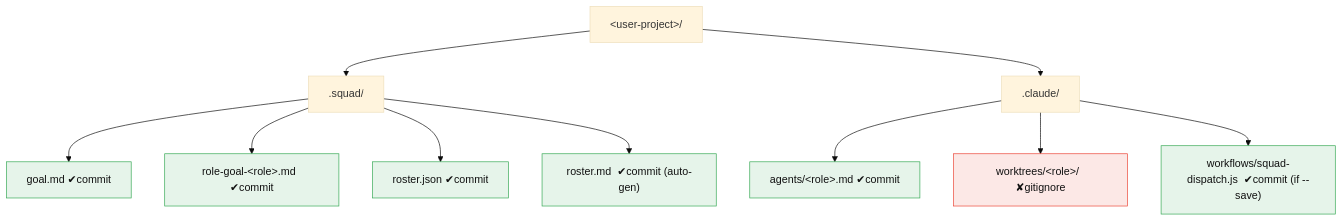
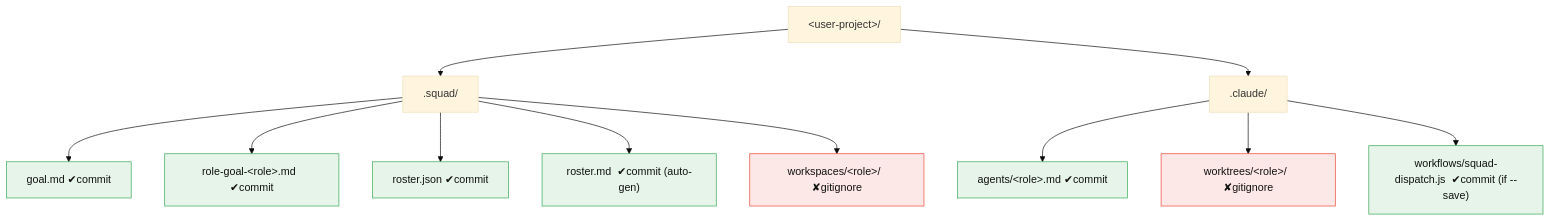
One commit to cheeky-amit/cheeky-squad-os changed diagram 11 of 11 in LOGIC.md. Above: the diagram before and after it, drawn with Mermaid (base theme). The commit also changed other lines of this file and 16 other files, not shown here.

````diff
--- a/LOGIC.md
+++ b/LOGIC.md
@@ -426,17 +461,18 @@
 ```mermaid
 flowchart TD
     ROOT["&lt;user-project&gt;/"] --> SQ[".squad/"]
     ROOT --> CL[".claude/"]
     SQ --> G["goal.md  ✔commit"]
     SQ --> RG["role-goal-&lt;role&gt;.md  ✔commit"]
     SQ --> RJ["roster.json  ✔commit"]
     SQ --> RM["roster.md  ✔commit (auto-gen)"]
     CL --> AG["agents/&lt;role&gt;.md  ✔commit"]
     CL --> WTREE["worktrees/&lt;role&gt;/  ✘gitignore"]
+    SQ --> WSP["workspaces/&lt;role&gt;/  ✘gitignore"]
     CL --> WFD["workflows/squad-dispatch.js  ✔commit (if --save)"]
 
     classDef commit fill:#e6f4ea,stroke:#34a853,color:#111;
     classDef ignore fill:#fce8e6,stroke:#ea4335,color:#111;
     class G,RG,RJ,RM,AG,WFD commit;
-    class WTREE ignore;
+    class WTREE,WSP ignore;
 ```
````
